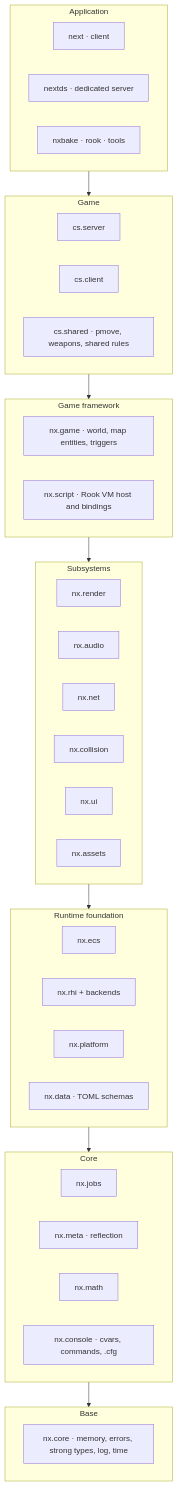
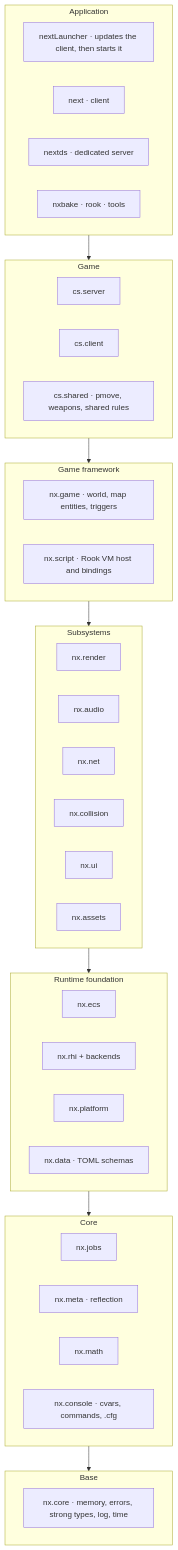
Before and after one commit to BRUN0R2/modern-client.v2: the first of 4 diagrams in docs/01-architecture.md, drawn with Mermaid. The commit also changed other lines of this file and 9 other files, not shown here.

````diff
--- a/docs/01-architecture.md
+++ b/docs/01-architecture.md
@@ -9,41 +9,42 @@
 ```mermaid
 flowchart TB
     subgraph L6[Application]
+        APP_L[nextLauncher · updates the client, then starts it]
         APP_C[next · client]
         APP_S[nextds · dedicated server]
         TOOLS[nxbake · rook · tools]
     end
     subgraph L5[Game]
         CS_SV[cs.server]
         CS_CL[cs.client]
         CS_SH[cs.shared · pmove, weapons, shared rules]
     end
     subgraph L4[Game framework]
         GAME[nx.game · world, map entities, triggers]
         SCRIPT[nx.script · Rook VM host and bindings]
     end
     subgraph L3[Subsystems]
         RENDER[nx.render]
         AUDIO[nx.audio]
         NET[nx.net]
         COLL[nx.collision]
         UI[nx.ui]
         ASSETS[nx.assets]
     end
     subgraph L2[Runtime foundation]
         ECS[nx.ecs]
         RHI[nx.rhi + backends]
         PLAT[nx.platform]
         DATA[nx.data · TOML schemas]
     end
     subgraph L1[Core]
         JOBS[nx.jobs]
         META[nx.meta · reflection]
         MATH[nx.math]
         CONSOLE[nx.console · cvars, commands, .cfg]
     end
     subgraph L0[Base]
         CORE[nx.core · memory, errors, strong types, log, time]
     end
     L6 --> L5 --> L4 --> L3 --> L2 --> L1 --> L0
 ```
````
